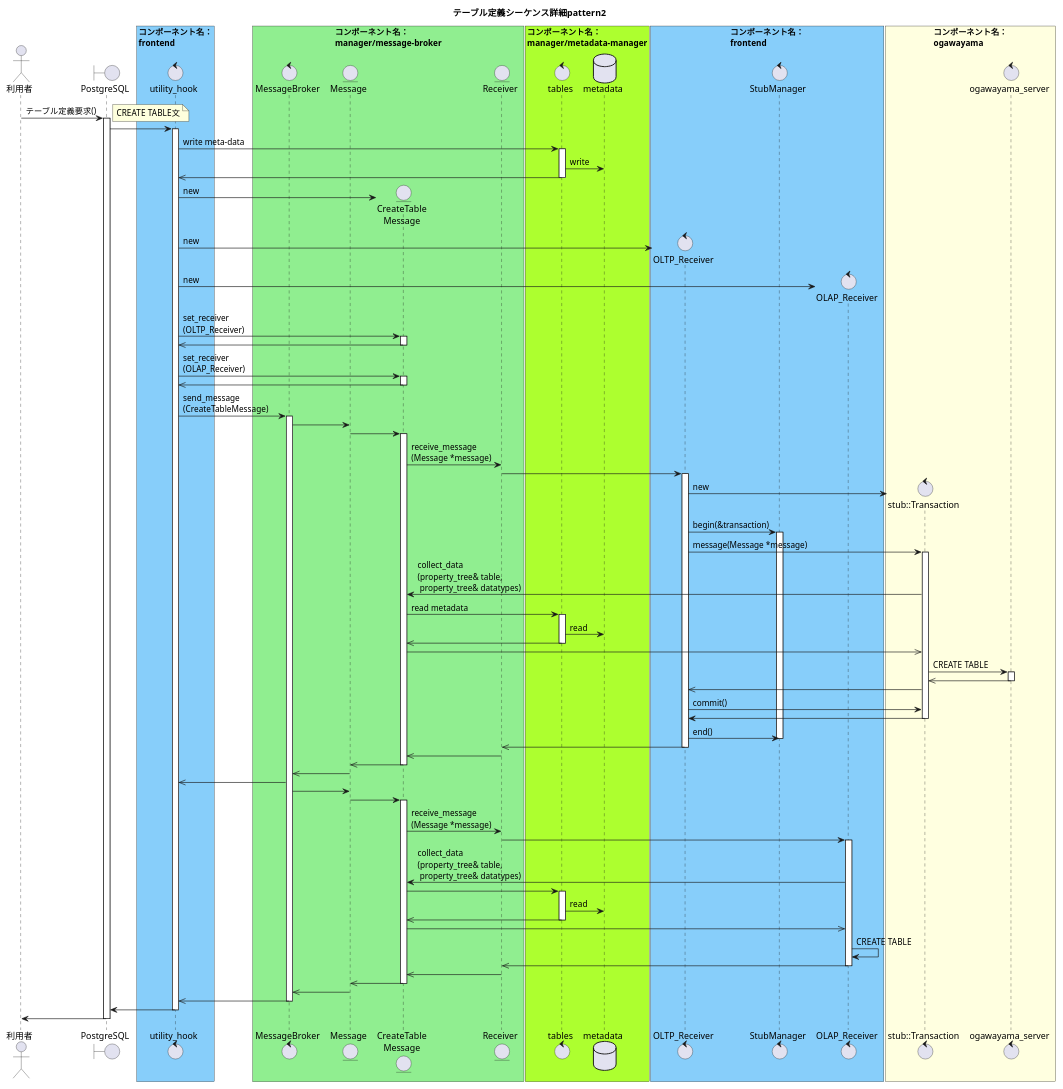
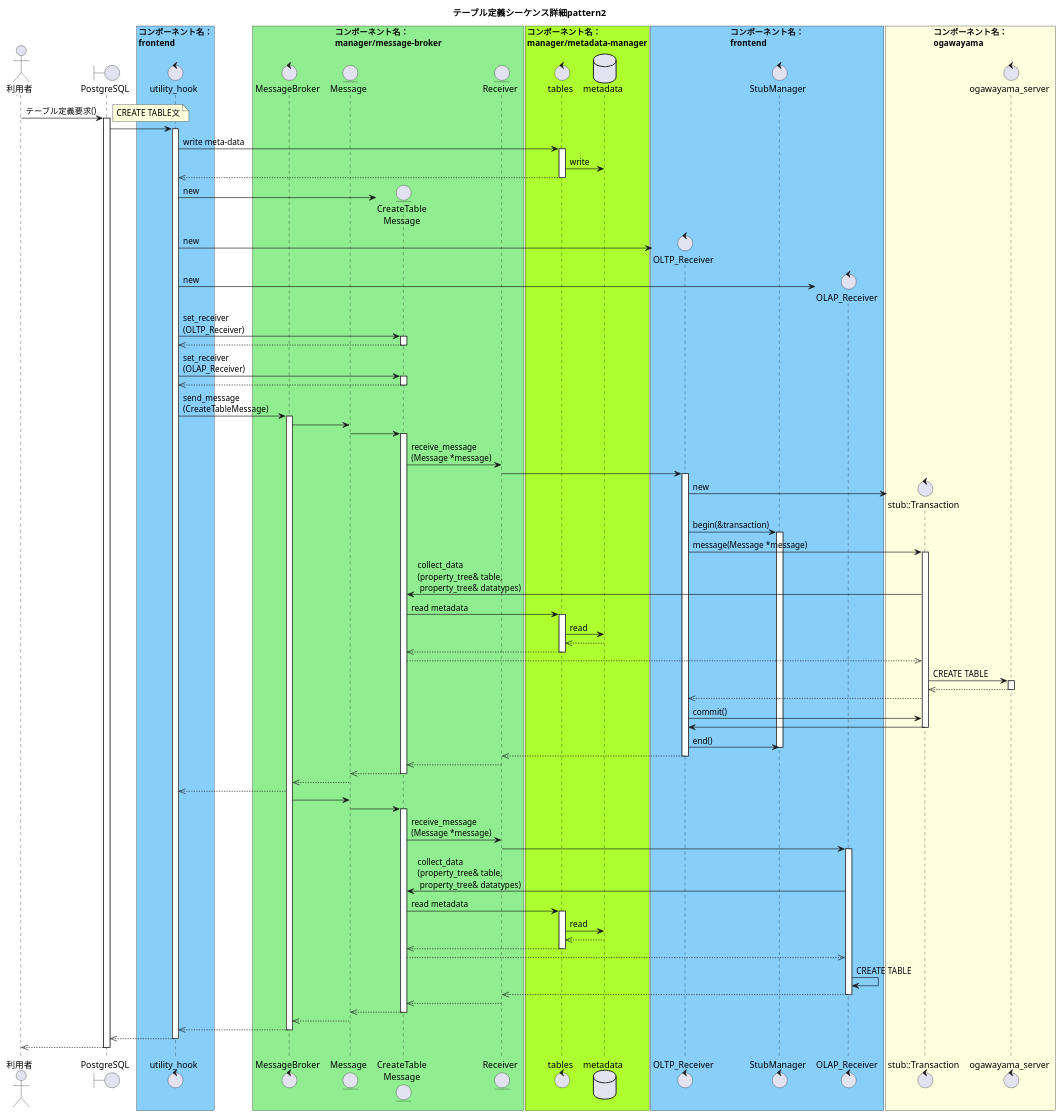
One commit to project-tsurugi/tsurugi_fdw changed the second of 2 diagrams in docs/design/img/CREATE_TABLE_detail.pu. Above: the diagram before and after it, drawn with PlantUML. The commit also changed other lines of this file and 3 other files, not shown here.

Commit message:
Fix some wrong sequence of sequence diagram

```diff
--- a/docs/design/img/CREATE_TABLE_detail.pu
+++ b/docs/design/img/CREATE_TABLE_detail.pu
@@ -145,138 +151,140 @@
 @startuml テーブル定義シーケンス詳細pattern2
 
 title テーブル定義シーケンス詳細pattern2
 
 actor 利用者
 boundary PostgreSQL
 
 box "コンポーネント名：\nfrontend" #LightSkyBlue
 control utility_hook
 end box
 
 box "コンポーネント名：\nmanager/message-broker" #LightGreen
 control MessageBroker
 entity Message
 entity "CreateTable\nMessage" as concrete_message
 entity Receiver
 end box
 
 box "コンポーネント名：\nmanager/metadata-manager" #GreenYellow
 control tables
 database metadata
 end box
 
 box "コンポーネント名：\nfrontend" #LightSkyBlue
 control "OLTP_Receiver" as oltp_receiver
 control StubManager
 control "OLAP_Receiver" as olap_receiver
 end box
 
 box "コンポーネント名：\nogawayama" #LightYellow
 control "stub::Transaction" as tran
 control ogawayama_server
 end box
 
 利用者 -> PostgreSQL : テーブル定義要求()
 activate PostgreSQL
 note right
 CREATE TABLE文
 end note
 
 PostgreSQL -> utility_hook
 activate utility_hook
   ' write meta-data
   utility_hook -> tables : write meta-data
   activate tables
     tables -> metadata : write
-    utility_hook <<- tables
+    utility_hook <<-- tables
   deactivate tables
 
   ' create objects
   create concrete_message
   utility_hook -> concrete_message : new
   create oltp_receiver
   utility_hook -> oltp_receiver : new
   create olap_receiver
   utility_hook -> olap_receiver : new
 
   ' set receiver
   utility_hook -> concrete_message : set_receiver\n(OLTP_Receiver)
   activate concrete_message
-    utility_hook <<- concrete_message
+    utility_hook <<-- concrete_message
   deactivate concrete_message
   utility_hook -> concrete_message : set_receiver\n(OLAP_Receiver)
   activate concrete_message
-    utility_hook <<- concrete_message
+    utility_hook <<-- concrete_message
   deactivate concrete_message
 
   ' send message to MessageBroker
   utility_hook -> MessageBroker : send_message\n(CreateTableMessage)
   activate MessageBroker
 
   ' execute command
   MessageBroker -> Message
   Message -> concrete_message
   activate concrete_message
     concrete_message -> Receiver : receive_message\n(Message *message)
     Receiver -> oltp_receiver
 
   ' begin transaction
   create tran
   activate oltp_receiver
   oltp_receiver -> tran : new
   oltp_receiver -> StubManager : begin(&transaction)
   activate StubManager
   oltp_receiver -> tran : message(Message *message)
   activate tran
     tran -> concrete_message : collect_data\n(property_tree& table,\n property_tree& datatypes)
     concrete_message -> tables : read metadata
       activate tables
       tables -> metadata : read
-      concrete_message <<- tables
+      tables <<-- metadata
+      concrete_message <<-- tables
       deactivate tables
-        tran <<- concrete_message
+        tran <<-- concrete_message
         tran -> ogawayama_server : CREATE TABLE
           activate ogawayama_server
-            tran <<- ogawayama_server
+            tran <<-- ogawayama_server
           deactivate ogawayama_server
-        oltp_receiver <<- tran
+        oltp_receiver <<-- tran
         oltp_receiver -> tran : commit()
         tran -> oltp_receiver
       deactivate tran
     oltp_receiver -> StubManager : end()
     deactivate StubManager
-    Receiver <<- oltp_receiver
+    Receiver <<-- oltp_receiver
     deactivate oltp_receiver
-    concrete_message <<- Receiver
-  Message <<- concrete_message
+    concrete_message <<-- Receiver
+  Message <<-- concrete_message
   deactivate concrete_message
-  MessageBroker <<- Message
-  utility_hook <<- MessageBroker
+  MessageBroker <<-- Message
+  utility_hook <<-- MessageBroker
   MessageBroker -> Message
   Message -> concrete_message
   activate concrete_message
     concrete_message -> Receiver : receive_message\n(Message *message)
     Receiver -> olap_receiver
     activate olap_receiver
       olap_receiver -> concrete_message: collect_data\n(property_tree& table,\n property_tree& datatypes)
-      concrete_message -> tables
+      concrete_message -> tables: read metadata
       activate tables
       tables -> metadata : read
-      concrete_message <<- tables
+      tables <<-- metadata
+      concrete_message <<-- tables
       deactivate tables
-      olap_receiver <<- concrete_message
+      olap_receiver <<-- concrete_message
       olap_receiver -> olap_receiver : CREATE TABLE
-      Receiver <<- olap_receiver
+      Receiver <<-- olap_receiver
       deactivate olap_receiver
-      concrete_message <<- Receiver
-  Message <<- concrete_message
+      concrete_message <<-- Receiver
+  Message <<-- concrete_message
   deactivate concrete_message
-  MessageBroker <<- Message
-  utility_hook <<- MessageBroker
+  MessageBroker <<-- Message
+  utility_hook <<-- MessageBroker
   deactivate MessageBroker
-utility_hook -> PostgreSQL
+PostgreSQL <<-- utility_hook
 deactivate utility_hook
-PostgreSQL -> 利用者
+利用者 <<-- PostgreSQL
 deactivate PostgreSQL
 
 @enduml
```
